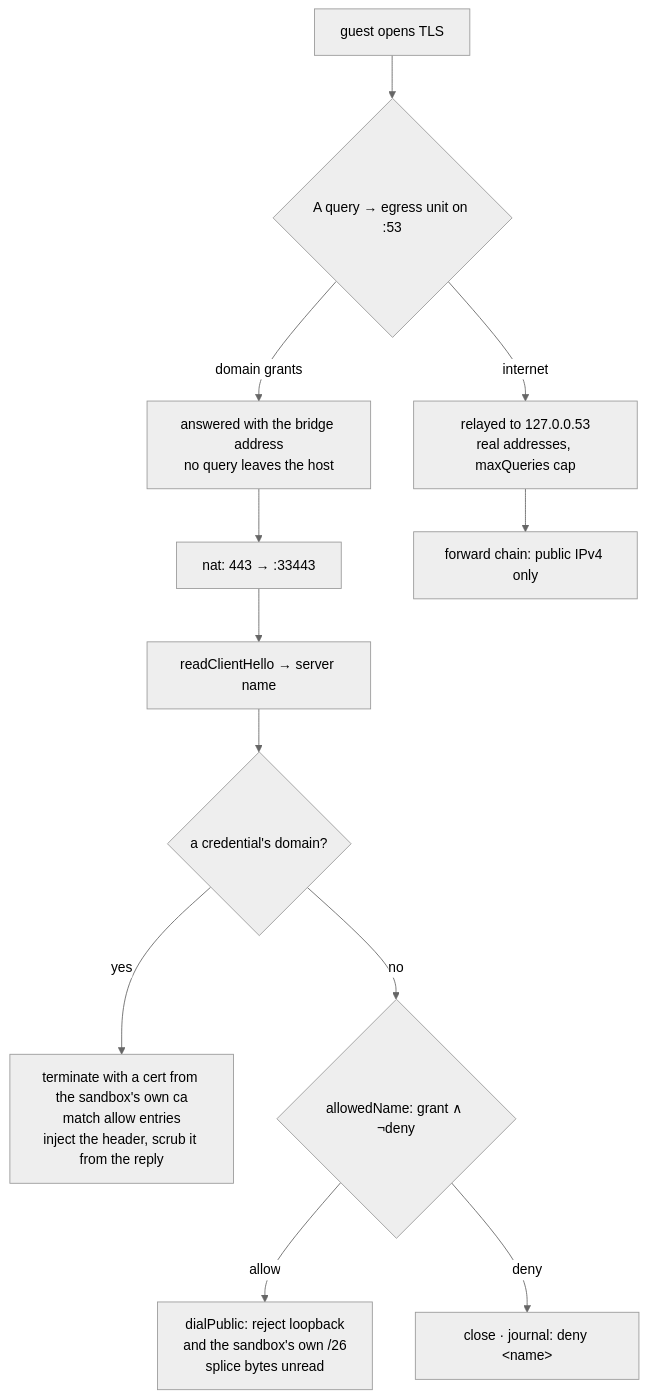
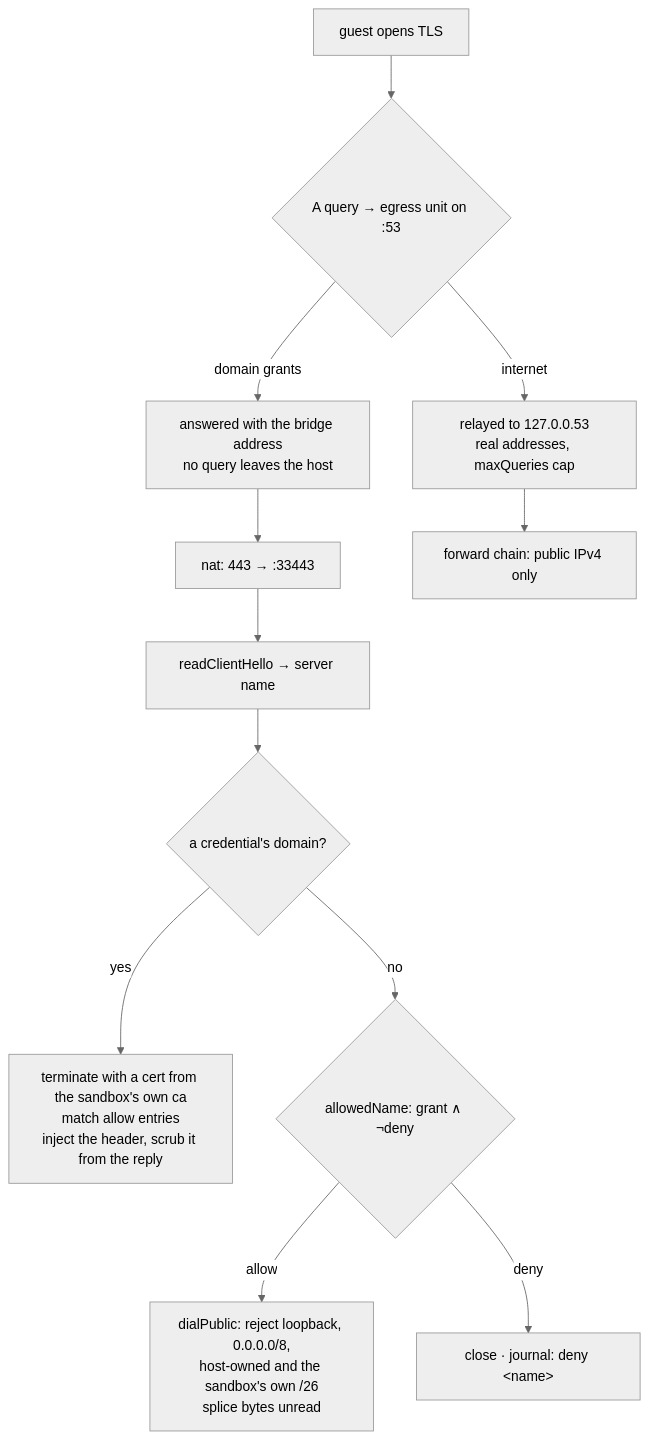
Before and after one commit to fosskar/fencr: the first of 2 diagrams in docs/overview.md, drawn with Mermaid (neutral theme). The commit also changed 6 other files, not shown here.

First line of the commit message:
egress: keep a splice off 0.0.0.0 and the host's addresses

````diff
--- a/docs/overview.md
+++ b/docs/overview.md
@@ -53,14 +53,14 @@
 ```mermaid
 flowchart TD
   G["guest opens TLS"] --> R{"A query → egress unit on :53"}
   R -->|domain grants| B["answered with the bridge address<br/>no query leaves the host"]
   R -->|"internet"| S["relayed to 127.0.0.53<br/>real addresses, maxQueries cap"]
   B --> N["nat: 443 → :33443"]
   S --> F["forward chain: public IPv4 only"]
   N --> H["readClientHello → server name"]
   H --> C{"a credential's domain?"}
   C -->|yes| T["terminate with a cert from the sandbox's own ca<br/>match allow entries<br/>inject the header, scrub it from the reply"]
   C -->|no| A{"allowedName: grant ∧ ¬deny"}
-  A -->|allow| P["dialPublic: reject loopback<br/>and the sandbox's own /26<br/>splice bytes unread"]
+  A -->|allow| P["dialPublic: reject loopback, 0.0.0.0/8,<br/>host-owned and the sandbox's own /26<br/>splice bytes unread"]
   A -->|deny| X["close · journal: deny &lt;name&gt;"]
 ```
````
